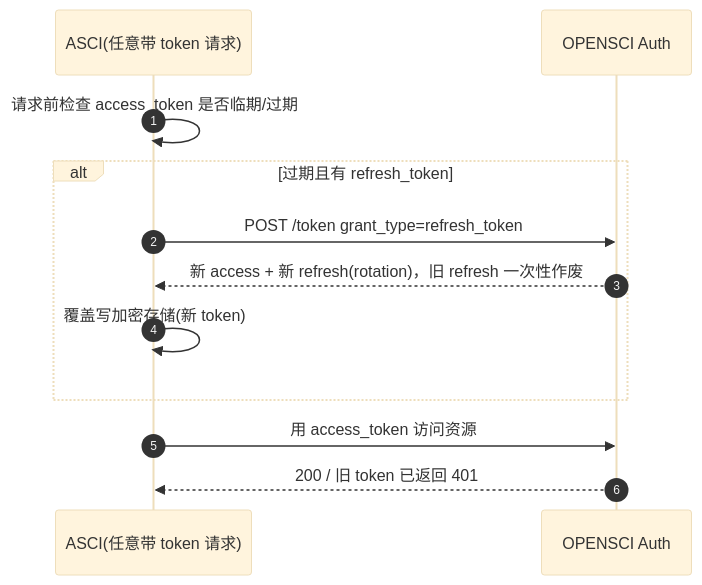
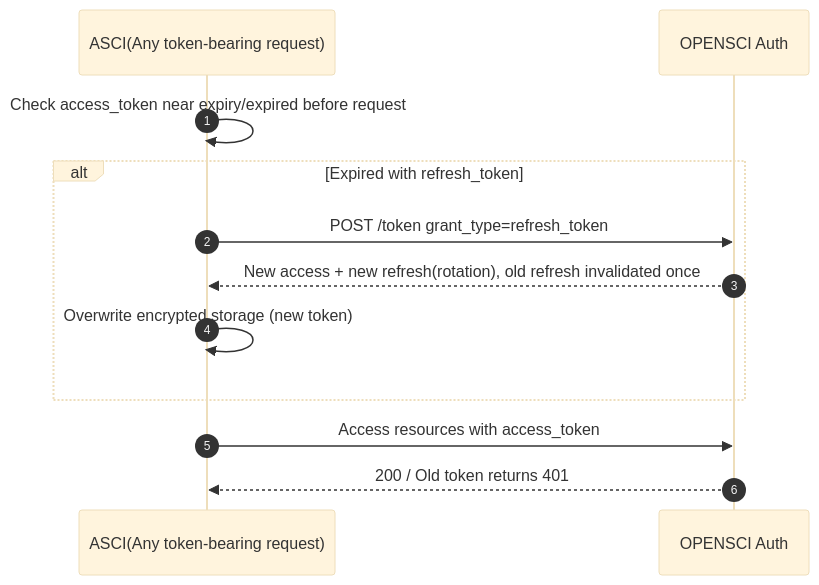
One commit to SimmonJ-WYJ/tinker changed the third of 4 diagrams in docs/specs/0.3.0/account-oauth-arch-spec.md. Above: the diagram before and after it, drawn with Mermaid (base theme). The commit also changed other lines of this file and 216 other files, not shown here.

````diff
--- a/docs/specs/0.3.0/account-oauth-arch-spec.md
+++ b/docs/specs/0.3.0/account-oauth-arch-spec.md
@@ -109,14 +127,14 @@
 ```mermaid
 sequenceDiagram
     autonumber
-    participant App as ASCI(任意带 token 请求)
+    participant App as ASCI(Any token-bearing request)
     participant O as OPENSCI Auth
-    App->>App: 请求前检查 access_token 是否临期/过期
-    alt 过期且有 refresh_token
+    App->>App: Check access_token near expiry/expired before request
+    alt Expired with refresh_token
         App->>O: POST /token grant_type=refresh_token
-        O-->>App: 新 access + 新 refresh(rotation)，旧 refresh 一次性作废
-        App->>App: 覆盖写加密存储(新 token)
+        O-->>App: New access + new refresh(rotation), old refresh invalidated once
+        App->>App: Overwrite encrypted storage (new token)
     end
-    App->>O: 用 access_token 访问资源
-    O-->>App: 200 / 旧 token 已返回 401
+    App->>O: Access resources with access_token
+    O-->>App: 200 / Old token returns 401
 ```
````
